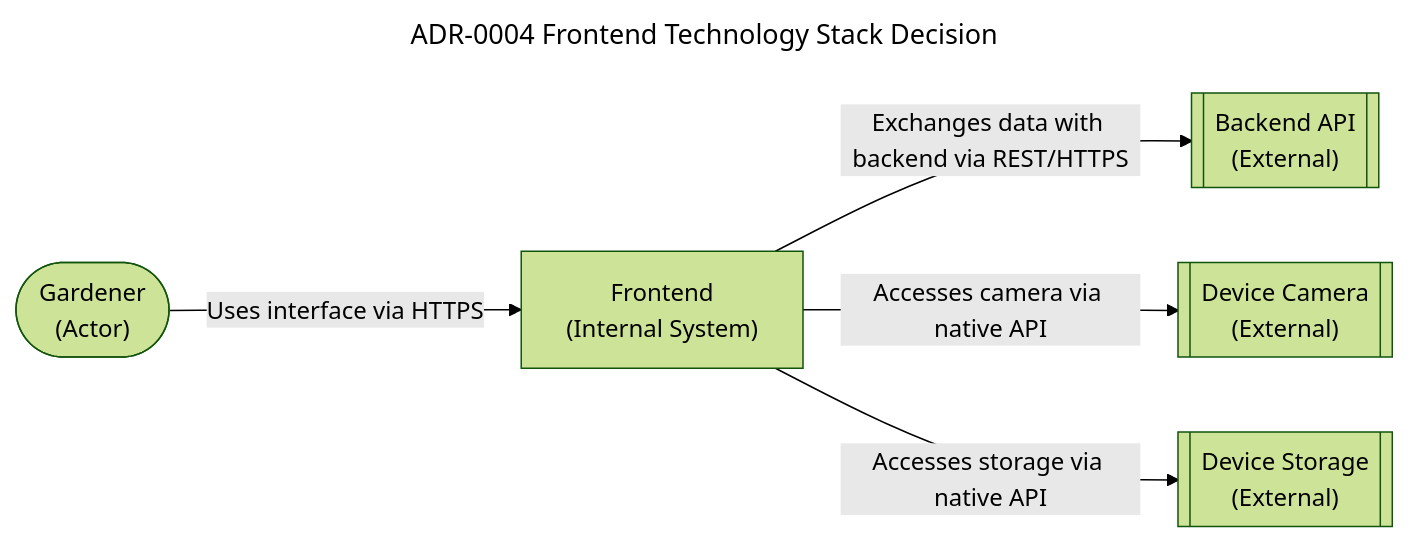
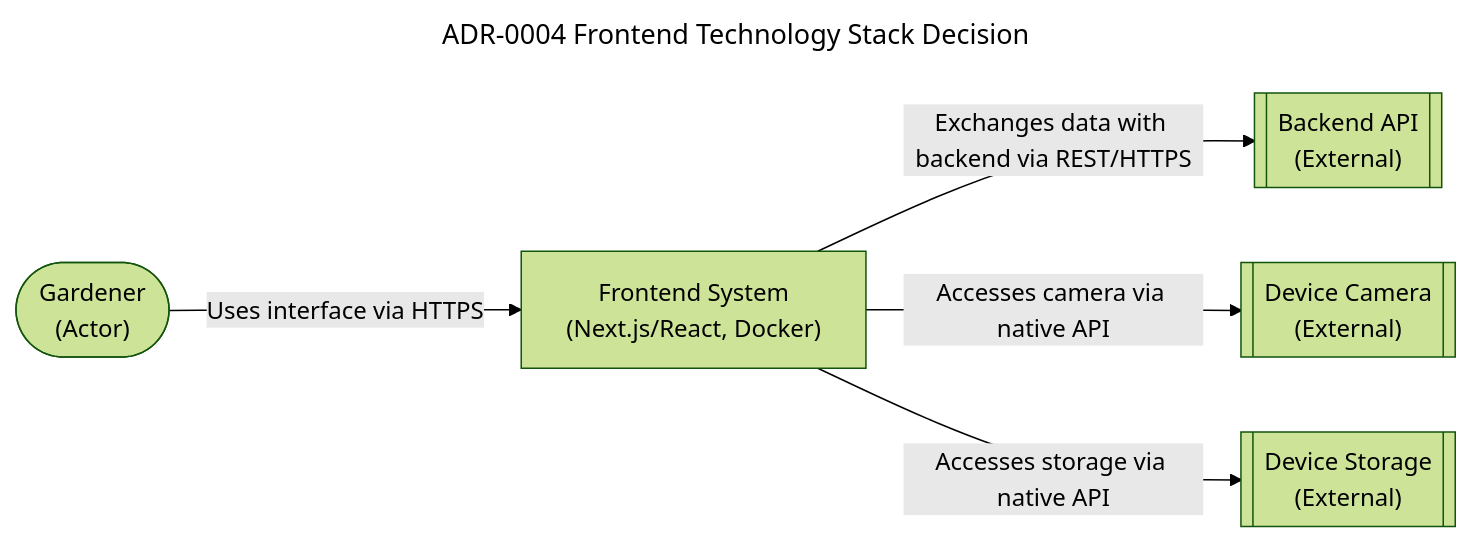
One commit to geraldthewes/plant-tracking changed the diagram in knowledge/architecture/decisions/ADR-0004-frontend-technology-stack.md. Above: the diagram before and after it, drawn with Mermaid (forest theme). The commit also changed 26 other files, not shown here.

````diff
--- a/knowledge/architecture/decisions/ADR-0004-frontend-technology-stack.md
+++ b/knowledge/architecture/decisions/ADR-0004-frontend-technology-stack.md
@@ -69,16 +69,16 @@
 ```mermaid
 ---
 title: ADR-0004 Frontend Technology Stack Decision
 ---
 flowchart LR
     gardener(["Gardener\n(Actor)"])
-    frontend["Frontend\n(Internal System)"]
+    frontend["Frontend System\n(Next.js/React, Docker)"]
     backend[["Backend API\n(External)"]]
     camera[["Device Camera\n(External)"]]
     storage[["Device Storage\n(External)"]]
 
     gardener -->|"Uses interface via HTTPS"| frontend
     frontend -->|"Exchanges data with backend via REST/HTTPS"| backend
     frontend -->|"Accesses camera via native API"| camera
     frontend -->|"Accesses storage via native API"| storage
 ```
````
